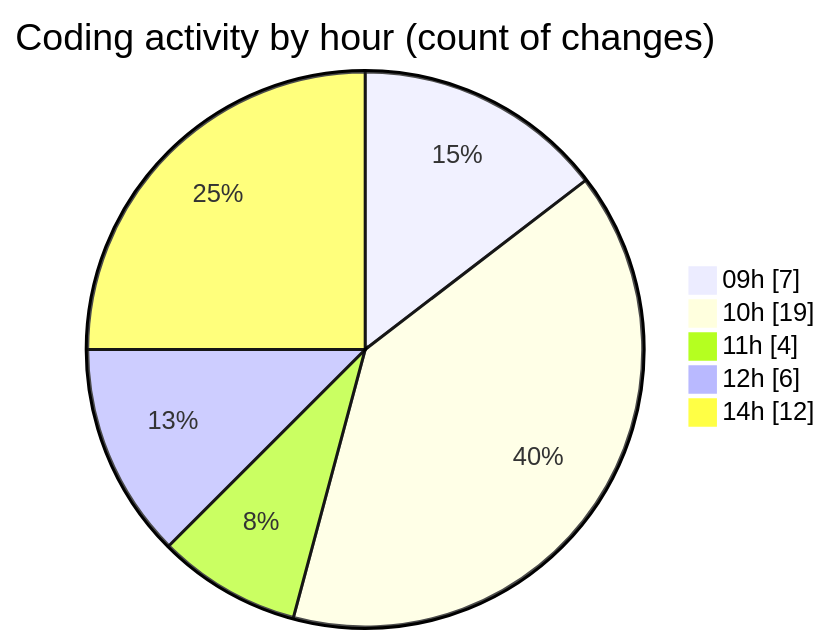
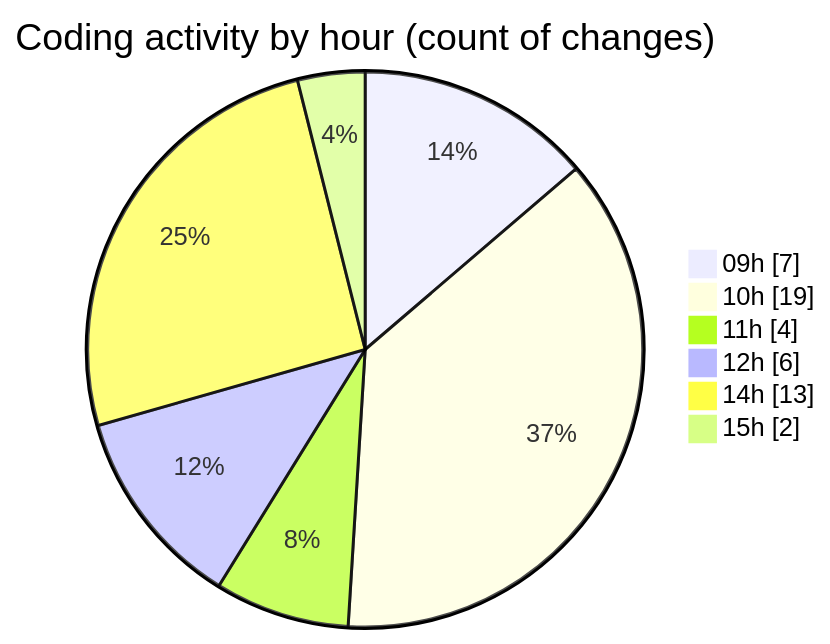
The second of 2 diagrams in 2025-11-12/cda/README.md (momahboobian/code-tracking), drawn with Mermaid before and after one commit. The commit also changed other lines of this file and 1 other file, not shown here.

````diff
--- a/2025-11-12/cda/README.md
+++ b/2025-11-12/cda/README.md
@@ -46,9 +46,10 @@
 ```mermaid
 pie showData
 title Coding activity by hour (count of changes)
 "09h" : 7
 "10h" : 19
 "11h" : 4
 "12h" : 6
-"14h" : 12
+"14h" : 13
+"15h" : 2
 ```
````
